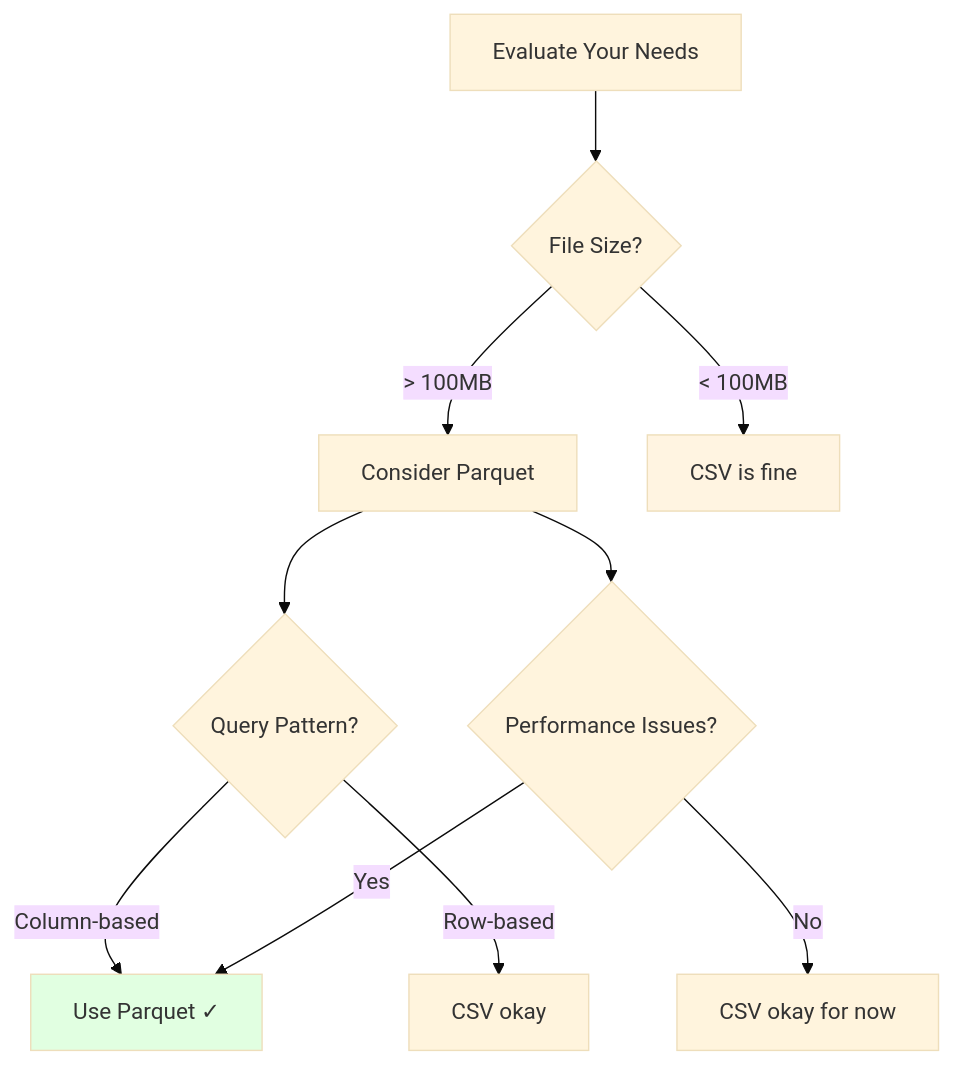
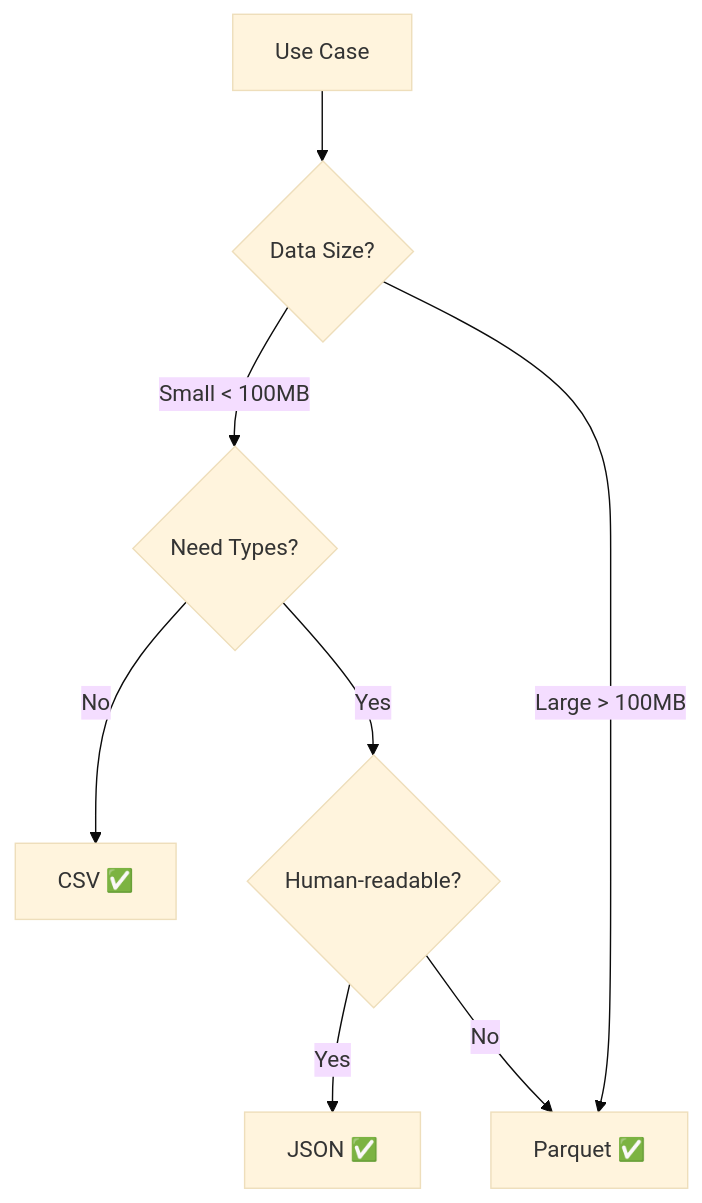
One commit to LCKYN/LCKYN-KnowledgeBase changed the second of 2 diagrams in 40-49 Data_Management/41_Data_Engineering/41.02 CSV File Format.md. Above: the diagram before and after it, drawn with Mermaid (base theme). The commit also changed other lines of this file and 17 other files, not shown here.

````diff
--- a/40-49 Data_Management/41_Data_Engineering/41.02 CSV File Format.md
+++ b/40-49 Data_Management/41_Data_Engineering/41.02 CSV File Format.md
@@ -484,18 +114,12 @@
 ```mermaid
 graph TD
-    A[Evaluate Your Needs] --> B{File Size?}
+    A[Use Case] --> B{Data Size?}
+    B -->|Small < 100MB| C{Need Types?}
+    B -->|Large > 100MB| D[Parquet ✅]
 
-    B -->|"> 100MB"| C[Consider Parquet]
-    B -->|"< 100MB"| D[CSV is fine]
+    C -->|No| E[CSV ✅]
+    C -->|Yes| F{Human-readable?}
 
-    C --> E{Query Pattern?}
-    E -->|"Column-based"| F[Use Parquet ✓]
-    E -->|"Row-based"| G[CSV okay]
-
-    C --> H{Performance Issues?}
-    H -->|"Yes"| F
-    H -->|"No"| I[CSV okay for now]
-
-    style F fill:#e1ffe1
-    style D fill:#fff4e1
+    F -->|Yes| G[JSON ✅]
+    F -->|No| D
 ```
````
